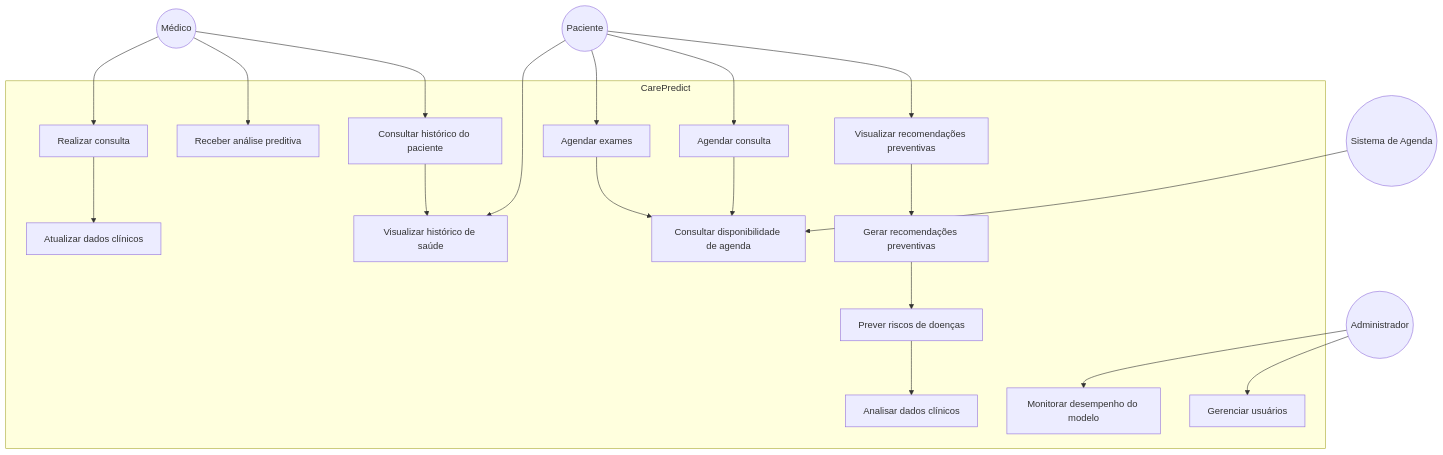
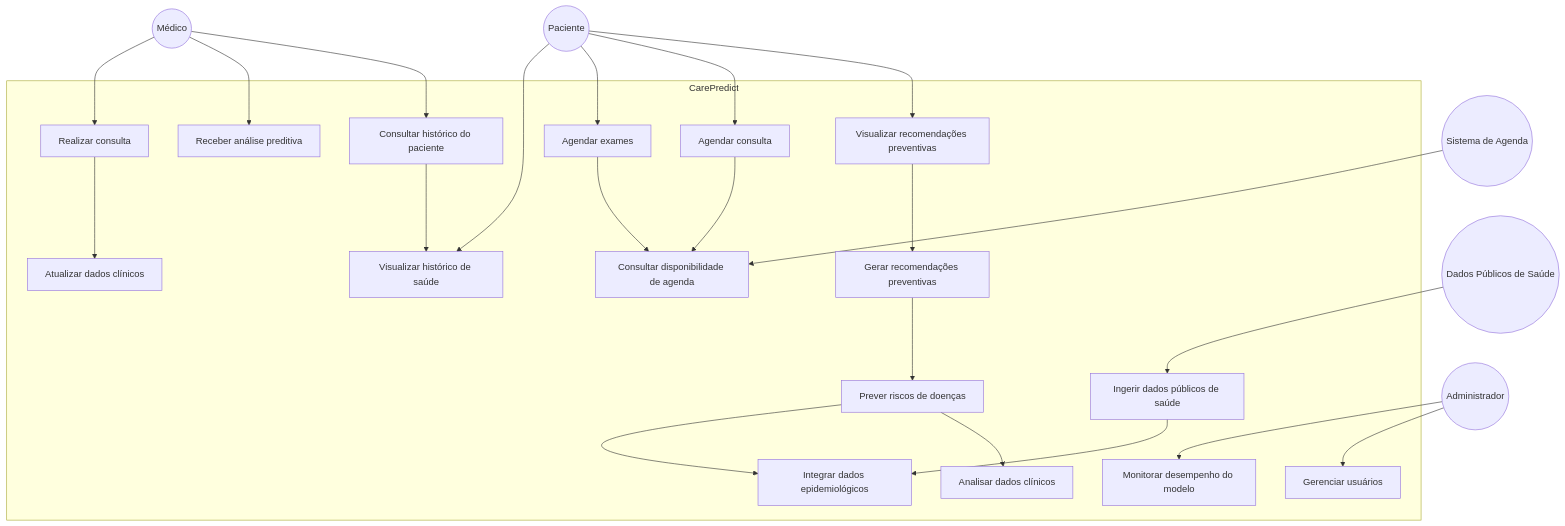
One commit to ccps1-care-predict/care-plus-ccps1 changed the diagram in DIAGRAMA DE CASO DE USO.md. Above: the diagram before and after it, drawn with Mermaid. The commit also changed other lines of this file, not shown here.

`````diff
--- a/DIAGRAMA DE CASO DE USO.md
+++ b/DIAGRAMA DE CASO DE USO.md
@@ -46,63 +76,77 @@
 ```mermaid
 flowchart TB
 
-%% Atores
+%% ATORES
+
 Paciente((Paciente))
 Medico((Médico))
 Admin((Administrador))
 Agenda((Sistema de Agenda))
+DadosPublicos((Dados Públicos de Saúde))
 
-%% Sistema
+%% SISTEMA
+
 subgraph CarePredict
 
 UC1[Visualizar recomendações preventivas]
 UC2[Agendar consulta]
 UC3[Agendar exames]
 UC4[Visualizar histórico de saúde]
 
 UC5[Consultar histórico do paciente]
 UC6[Receber análise preditiva]
 UC7[Realizar consulta]
 
 UC8[Analisar dados clínicos]
-UC9[Prever riscos de doenças]
-UC10[Gerar recomendações preventivas]
+UC9[Integrar dados epidemiológicos]
+UC10[Prever riscos de doenças]
+UC11[Gerar recomendações preventivas]
 
-UC11[Atualizar dados clínicos]
+UC12[Atualizar dados clínicos]
 
-UC12[Gerenciar usuários]
-UC13[Monitorar desempenho do modelo]
+UC13[Gerenciar usuários]
+UC14[Monitorar desempenho do modelo]
 
-UC14[Consultar disponibilidade de agenda]
+UC15[Consultar disponibilidade de agenda]
+UC16[Ingerir dados públicos de saúde]
 
 end
 
-%% Interações Paciente
+%% INTERAÇÕES PACIENTE
+
 Paciente --> UC1
 Paciente --> UC2
 Paciente --> UC3
 Paciente --> UC4
 
-%% Interações Médico
+%% INTERAÇÕES MÉDICO
+
 Medico --> UC5
 Medico --> UC6
 Medico --> UC7
 
-%% Interações Admin
-Admin --> UC12
+%% INTERAÇÕES ADMIN
+
 Admin --> UC13
+Admin --> UC14
 
-%% Sistema externo
-Agenda --> UC14
+%% SISTEMAS EXTERNOS
 
-%% Relações internas
-UC1 --> UC10
+Agenda --> UC15
+DadosPublicos --> UC16
+
+%% RELAÇÕES INTERNAS DO SISTEMA
+
+UC1 --> UC11
+UC11 --> UC10
+UC10 --> UC8
 UC10 --> UC9
-UC9 --> UC8
 
-UC2 --> UC14
-UC3 --> UC14
+UC2 --> UC15
+UC3 --> UC15
 
-UC7 --> UC11
+UC7 --> UC12
 UC5 --> UC4
-```
+
+UC16 --> UC9
+````
`````
